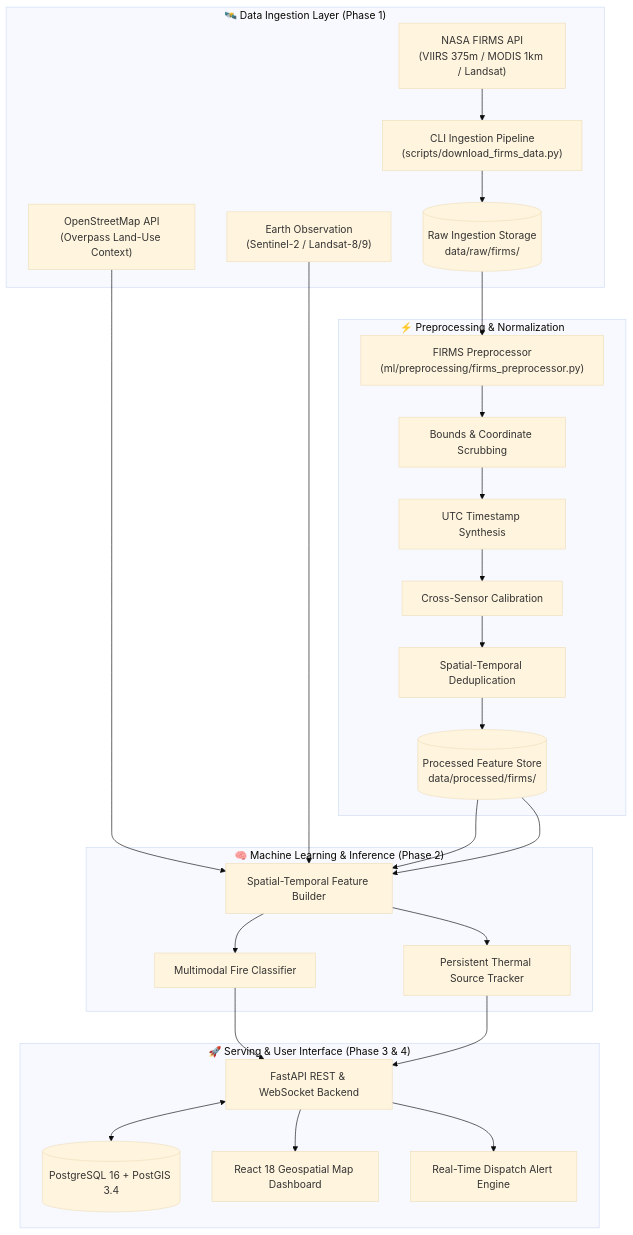
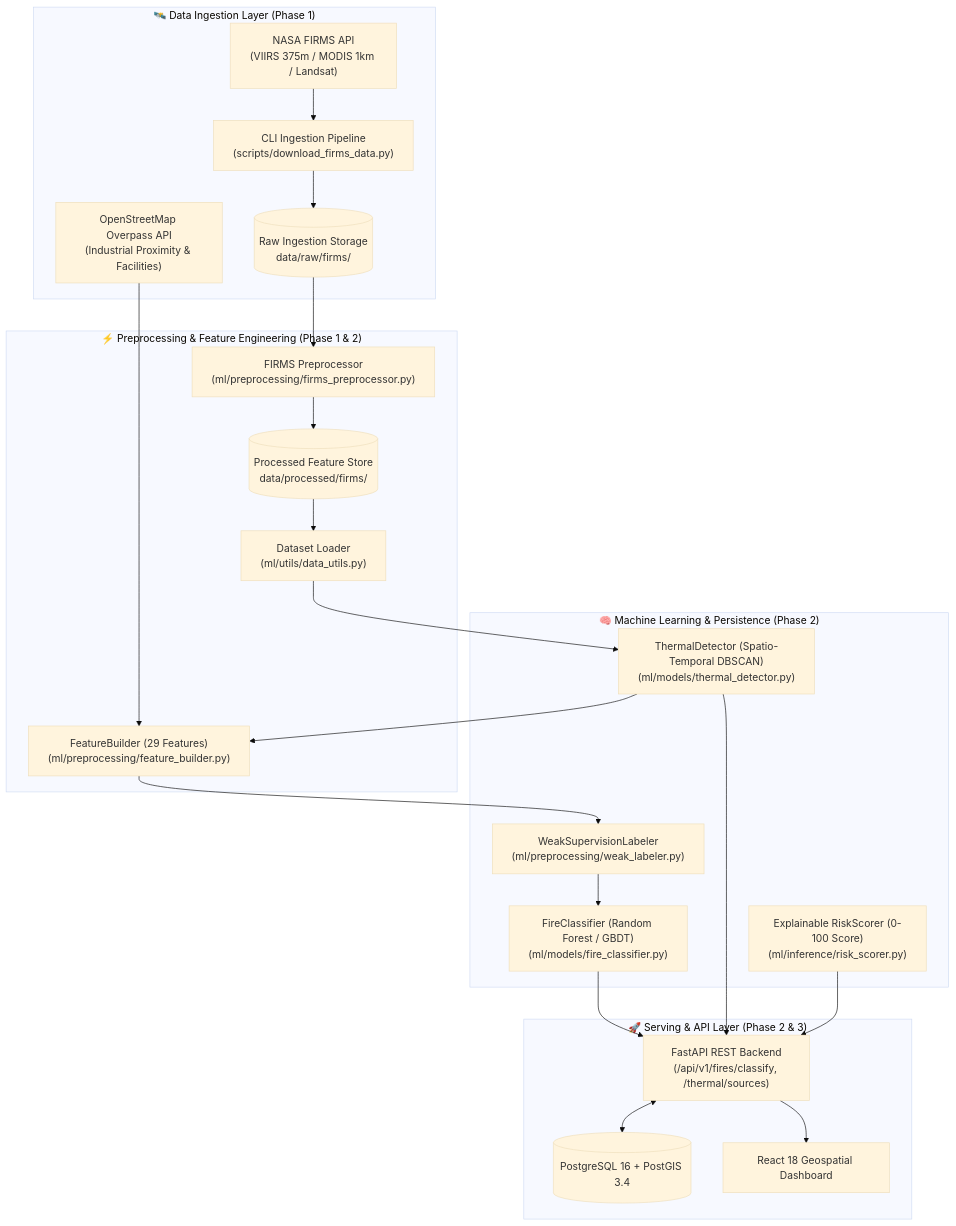
The diagram in SIH26162/README.md (AyushPrad2907/AI-Based-Detection-and-Classification-of-Industrial-Fires-and-Persistent-Thermal-Sources), drawn with Mermaid (base theme) before and after one commit. The commit also changed other lines of this file and 33 other files, not shown here.

First line of the commit message:
feat(ml): implement Phase 2 AI/ML pipeline, feature engineering, persistence detection, and explainable risk scoring

````diff
--- a/SIH26162/README.md
+++ b/SIH26162/README.md
@@ -42,42 +41,39 @@
 ```mermaid
 flowchart TB
     subgraph S1["🛰️ Data Ingestion Layer (Phase 1)"]
         FIRMS["NASA FIRMS API<br/>(VIIRS 375m / MODIS 1km / Landsat)"]
-        OSM["OpenStreetMap API<br/>(Overpass Land-Use Context)"]
-        SAT["Earth Observation<br/>(Sentinel-2 / Landsat-8/9)"]
+        OSM["OpenStreetMap Overpass API<br/>(Industrial Proximity & Facilities)"]
         CLI["CLI Ingestion Pipeline<br/>(scripts/download_firms_data.py)"]
         RAW_DB[("Raw Ingestion Storage<br/>data/raw/firms/")]
     end
 
-    subgraph S2["⚡ Preprocessing & Normalization"]
+    subgraph S2["⚡ Preprocessing & Feature Engineering (Phase 1 & 2)"]
         PRE["FIRMS Preprocessor<br/>(ml/preprocessing/firms_preprocessor.py)"]
-        VAL["Bounds & Coordinate Scrubbing"]
-        TIME["UTC Timestamp Synthesis"]
-        NORM["Cross-Sensor Calibration"]
-        DEDUP["Spatial-Temporal Deduplication"]
+        LOADER["Dataset Loader<br/>(ml/utils/data_utils.py)"]
+        FEAT["FeatureBuilder (29 Features)<br/>(ml/preprocessing/feature_builder.py)"]
         PROC_DB[("Processed Feature Store<br/>data/processed/firms/")]
     end
 
-    subgraph S3["🧠 Machine Learning & Inference (Phase 2)"]
-        FEAT["Spatial-Temporal Feature Builder"]
-        CLS["Multimodal Fire Classifier"]
-        THERMAL["Persistent Thermal Source Tracker"]
+    subgraph S3["🧠 Machine Learning & Persistence (Phase 2)"]
+        THERMAL["ThermalDetector (Spatio-Temporal DBSCAN)<br/>(ml/models/thermal_detector.py)"]
+        LABELER["WeakSupervisionLabeler<br/>(ml/preprocessing/weak_labeler.py)"]
+        CLS["FireClassifier (Random Forest / GBDT)<br/>(ml/models/fire_classifier.py)"]
+        RISK["Explainable RiskScorer (0-100 Score)<br/>(ml/inference/risk_scorer.py)"]
     end
 
-    subgraph S4["🚀 Serving & User Interface (Phase 3 & 4)"]
-        FASTAPI["FastAPI REST & WebSocket Backend"]
+    subgraph S4["🚀 Serving & API Layer (Phase 2 & 3)"]
+        FASTAPI["FastAPI REST Backend<br/>(/api/v1/fires/classify, /thermal/sources)"]
         POSTGIS[("PostgreSQL 16 + PostGIS 3.4")]
-        DASH["React 18 Geospatial Map Dashboard"]
-        ALERT["Real-Time Dispatch Alert Engine"]
+        DASH["React 18 Geospatial Dashboard"]
     end
 
-    FIRMS --> CLI --> RAW_DB --> PRE
+    FIRMS --> CLI --> RAW_DB --> PRE --> PROC_DB --> LOADER
+    LOADER --> THERMAL --> FEAT
     OSM --> FEAT
-    SAT --> FEAT
-    PRE --> VAL --> TIME --> NORM --> DEDUP --> PROC_DB
-    PROC_DB --> FEAT --> CLS --> FASTAPI
-    PROC_DB --> FEAT --> THERMAL --> FASTAPI
+    FEAT --> LABELER --> CLS
+    CLS --> FASTAPI
+    THERMAL --> FASTAPI
+    RISK --> FASTAPI
     FASTAPI <--> POSTGIS
     FASTAPI --> DASH
-    FASTAPI --> ALERT
 ```
````
